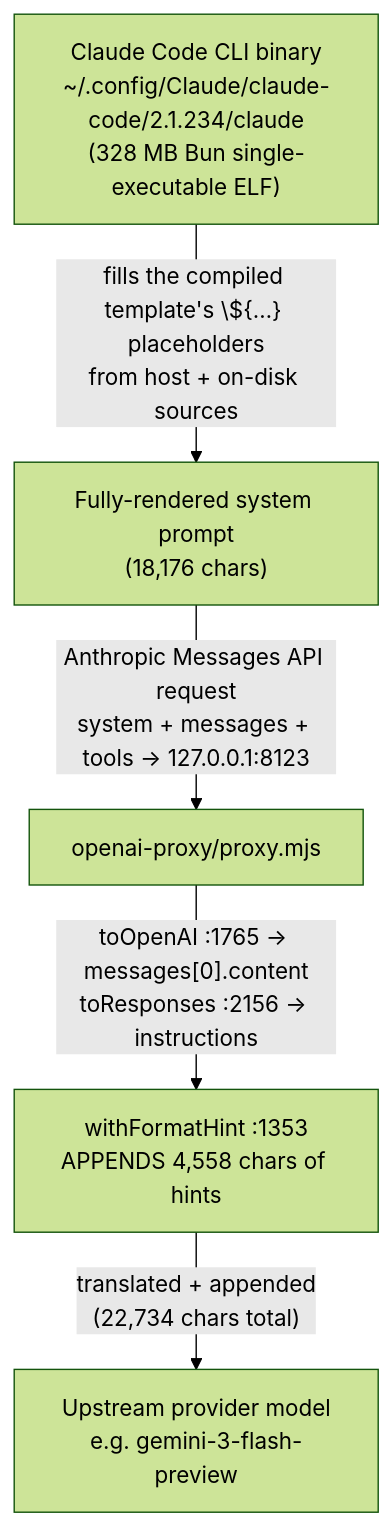
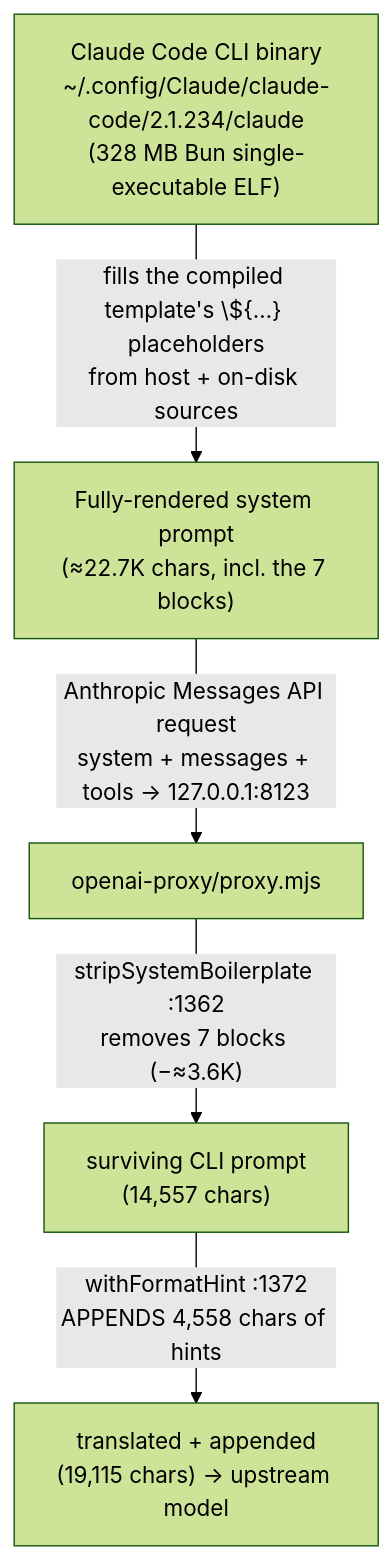
The diagram in docs/system-prompt/README.md (mkornreich/llm-desktop-electron), drawn with Mermaid (forest theme) before and after one commit. The commit also changed other lines of this file, not shown here.

First line of the commit message:
docs(system-prompt): refresh dump notes for the post-strip prompt from a live capture

````diff
--- a/docs/system-prompt/README.md
+++ b/docs/system-prompt/README.md
@@ -40,8 +46,8 @@
 ```mermaid
 flowchart TD
     A["Claude Code CLI binary<br/>~/.config/Claude/claude-code/2.1.234/claude<br/>(328 MB Bun single-executable ELF)"]
-    A -->|"fills the compiled template's \${…} placeholders<br/>from host + on-disk sources"| B["Fully-rendered system prompt<br/>(18,176 chars)"]
+    A -->|"fills the compiled template's \${…} placeholders<br/>from host + on-disk sources"| B["Fully-rendered system prompt<br/>(≈22.7K chars, incl. the 7 blocks)"]
     B -->|"Anthropic Messages API request<br/>system + messages + tools → 127.0.0.1:8123"| C["openai-proxy/proxy.mjs"]
-    C -->|"toOpenAI :1765 → messages[0].content<br/>toResponses :2156 → instructions"| D["withFormatHint :1353<br/>APPENDS 4,558 chars of hints"]
-    D -->|"translated + appended<br/>(22,734 chars total)"| E["Upstream provider model<br/>e.g. gemini-3-flash-preview"]
+    C -->|"stripSystemBoilerplate :1362<br/>removes 7 blocks (−≈3.6K)"| D["surviving CLI prompt<br/>(14,557 chars)"]
+    D -->|"withFormatHint :1372<br/>APPENDS 4,558 chars of hints"| E["translated + appended<br/>(19,115 chars) → upstream model"]
 ```
````
